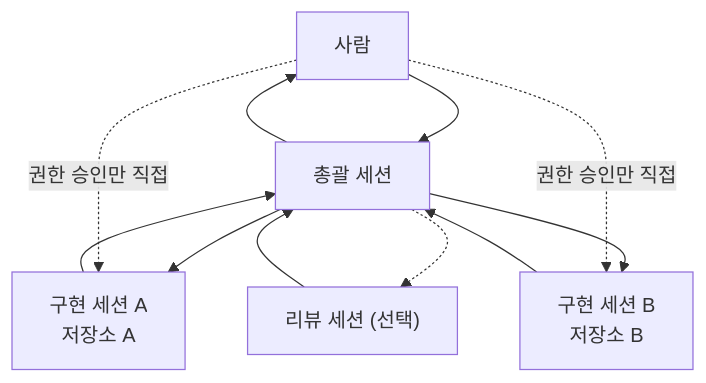
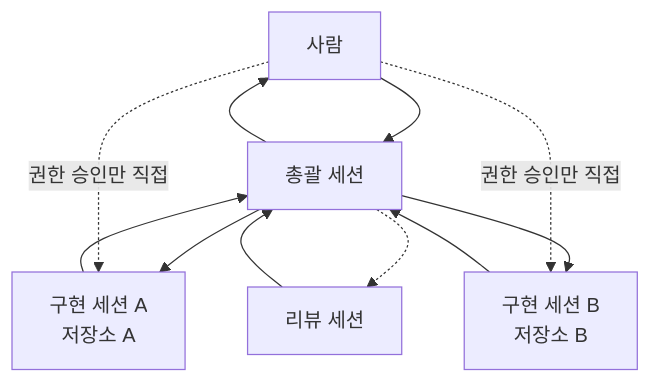
Before and after one commit to DevyMobile/claude-code-workflow: the diagram in docs/philosophy.md, drawn with Mermaid. The commit also changed other lines of this file, not shown here.

Commit message:
docs: 리뷰 세션을 선택 사항이 아닌 정규 역할로 수정
실제 운영에서 리뷰 세션은 저장소별로 구현과 독립적으로 결과를 다시 확인하는 역할이므로 표와 도식의 '선택' 표기를 뺐다.

````diff
--- a/docs/philosophy.md
+++ b/docs/philosophy.md
@@ -12,13 +12,13 @@
 ```mermaid
 flowchart TD
     H["사람"] --> O["총괄 세션"]
     O --> A["구현 세션 A<br>저장소 A"]
     O --> B["구현 세션 B<br>저장소 B"]
-    O -.-> R["리뷰 세션 (선택)"]
+    O -.-> R["리뷰 세션"]
     A --> O
     B --> O
     R --> O
     O --> H
     H -. "권한 승인만 직접" .-> A
     H -. "권한 승인만 직접" .-> B
 ```
````
